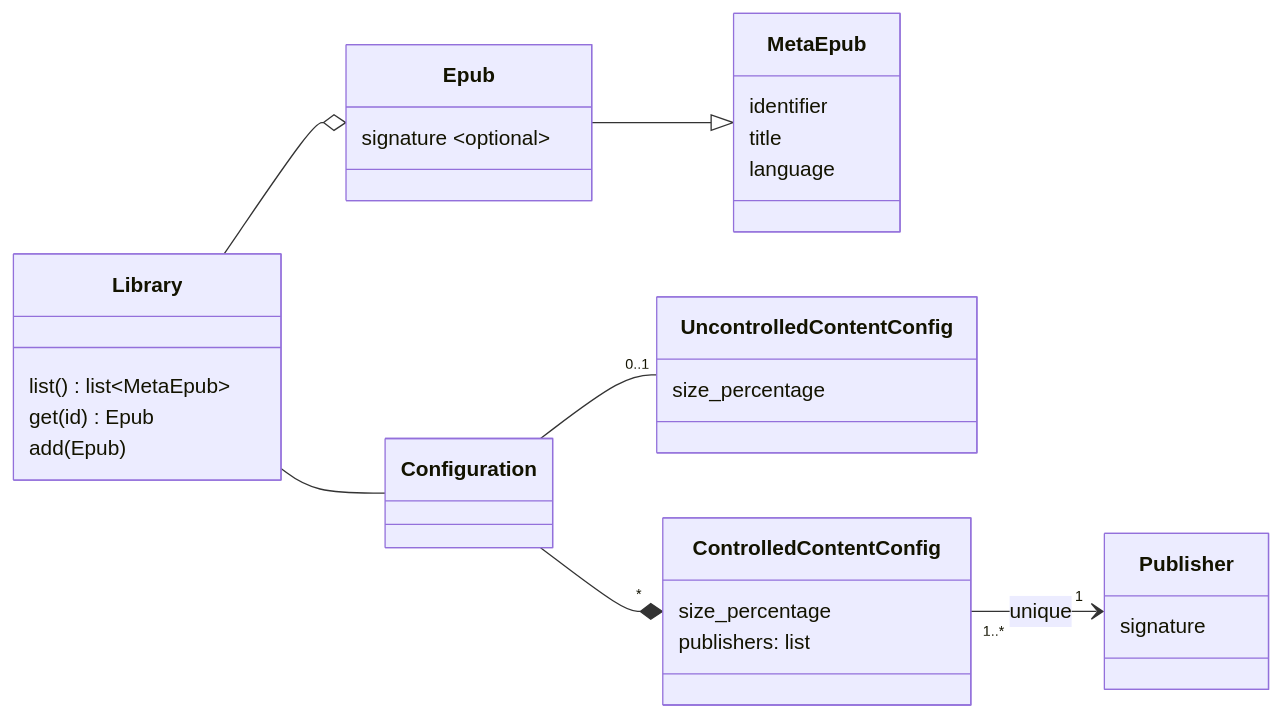
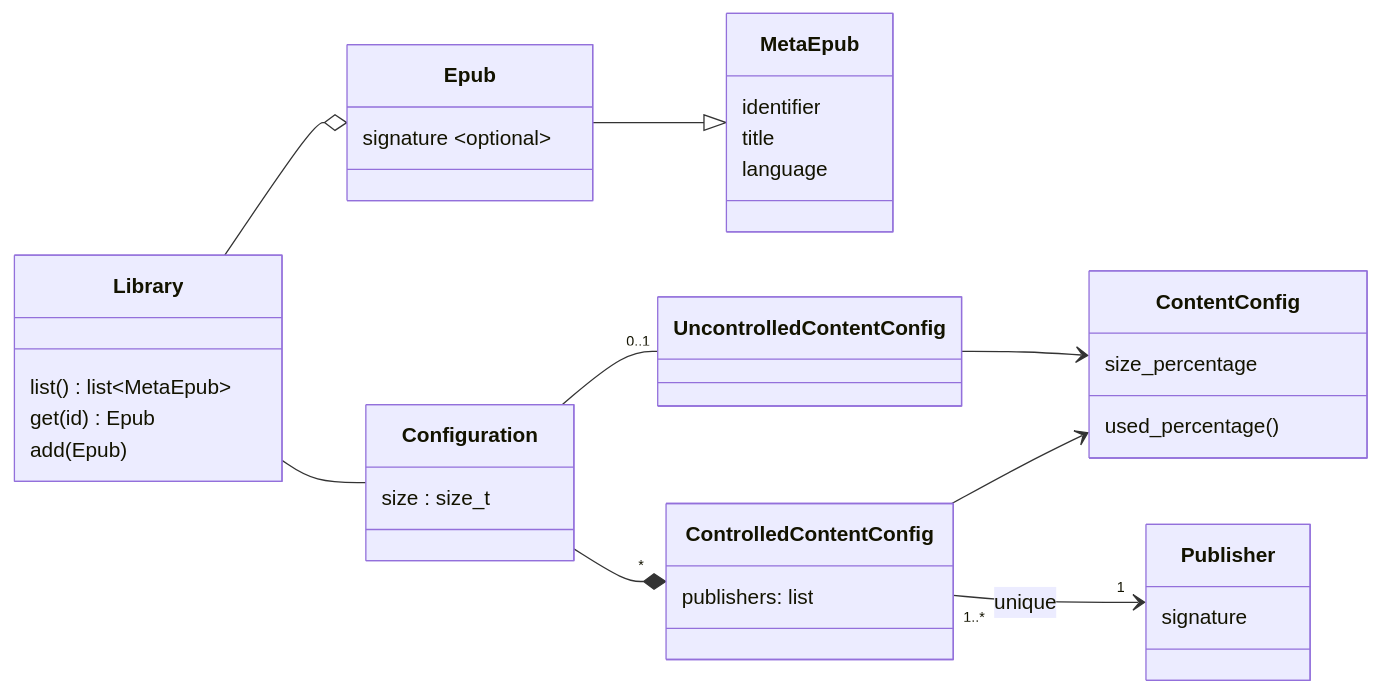
One commit to redengin/sneakernet changed the diagram in docs/library.md. Above: the diagram before and after it, drawn with Mermaid. The commit also changed other lines of this file, not shown here.

````diff
--- a/docs/library.md
+++ b/docs/library.md
@@ -11,34 +11,39 @@
 ```mermaid
 classDiagram
     direction LR
     class Library {
         list() list~MetaEpub~
         get(id) Epub
         add(Epub)
     }
     Library --o Epub
     class Epub {
         signature ~optional~
     }
     Epub --|> MetaEpub
     class MetaEpub {
         identifier
         title
         language
     }
     Library -- Configuration
+    class Configuration {
+        size : size_t
+    }
     Configuration -- "0..1" UncontrolledContentConfig
-    class UncontrolledContentConfig {
+    UncontrolledContentConfig --> ContentConfig
+    class ContentConfig {
         size_percentage
+        used_percentage()
     }
     Configuration --* "*" ControlledContentConfig
+    ControlledContentConfig --> ContentConfig
     class ControlledContentConfig {
-        size_percentage
         publishers: list
     }
     ControlledContentConfig "1..*" --> "1" Publisher : unique
 
     class Publisher {
         signature
     }
 ```
````
